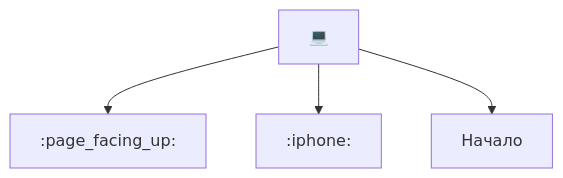
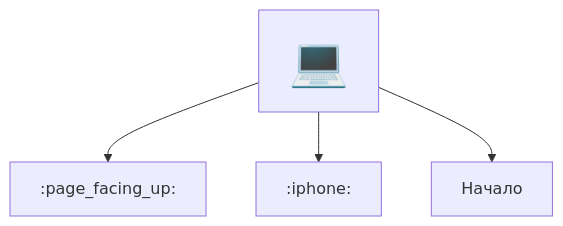
Before and after one commit to BlockchainCommons/SmartCustody: the first of 16 diagrams in Docs/Scenario-Multisig.md, drawn with Mermaid.

````diff
--- a/Docs/Scenario-Multisig.md
+++ b/Docs/Scenario-Multisig.md
@@ -18,10 +18,10 @@
 ```mermaid
     graph TD;
-    A["<div style="font-size:200">💻</div>"]
+    A["<font size="200%">💻</font>"]
     B[:page_facing_up:]
     C[:iphone:]
     D[Начало]
     A-->B;
     A-->C;
     A-->D;
 ```
````
